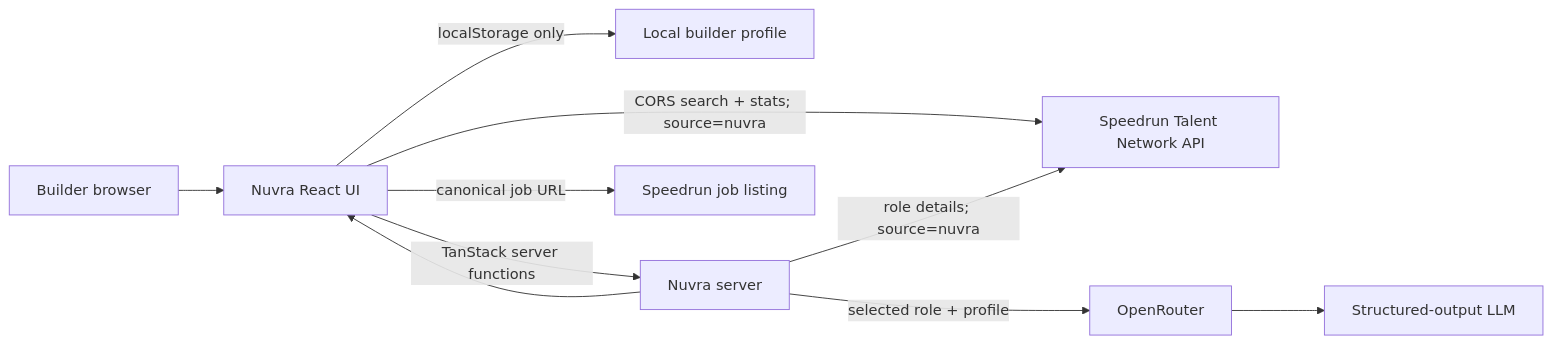
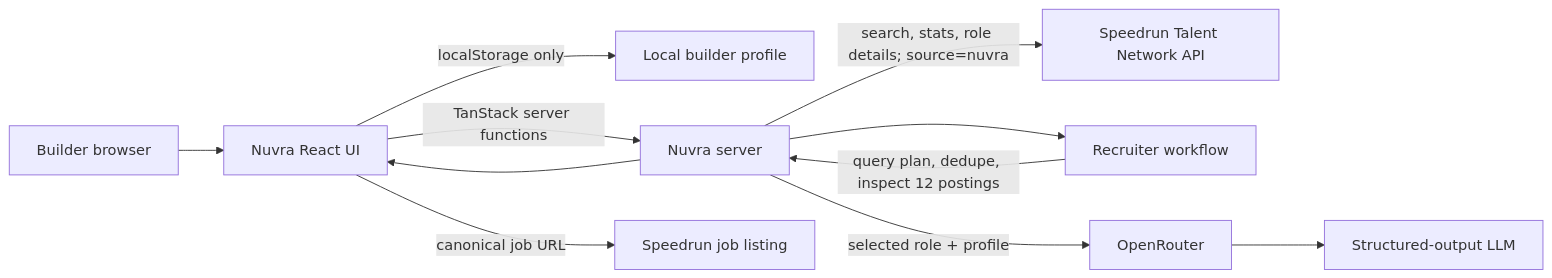
Before and after one commit to NikhilRaikwar/Nuvra: the diagram in README.md, drawn with Mermaid. The commit also changed other lines of this file and 6 other files, not shown here.

Commit message:
feat: add live recruiter agent workflow

````diff
--- a/README.md
+++ b/README.md
@@ -32,12 +35,13 @@
 ```mermaid
 flowchart LR
   Builder[Builder browser] --> UI[Nuvra React UI]
   UI -->|localStorage only| Profile[Local builder profile]
-  UI -->|CORS search + stats; source=nuvra| Speedrun[Speedrun Talent Network API]
   UI -->|TanStack server functions| Server[Nuvra server]
-  Server -->|role details; source=nuvra| Speedrun
+  Server -->|search, stats, role details; source=nuvra| Speedrun[Speedrun Talent Network API]
+  Server --> Recruiter[Recruiter workflow]
+  Recruiter -->|query plan, dedupe, inspect 12 postings| Server
   Server -->|selected role + profile| OpenRouter[OpenRouter]
   OpenRouter --> Model[Structured-output LLM]
   Server --> UI
   UI -->|canonical job URL| Listing[Speedrun job listing]
 ```
````
